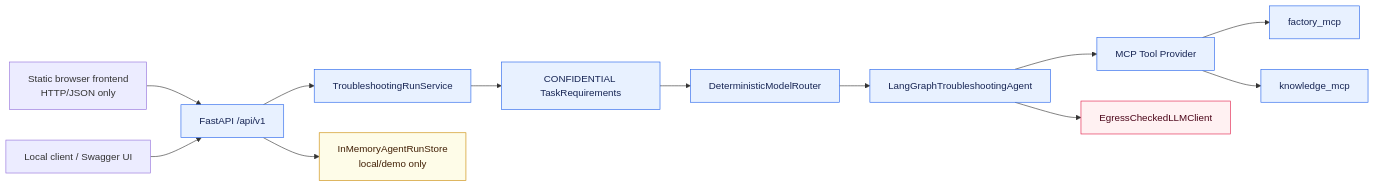
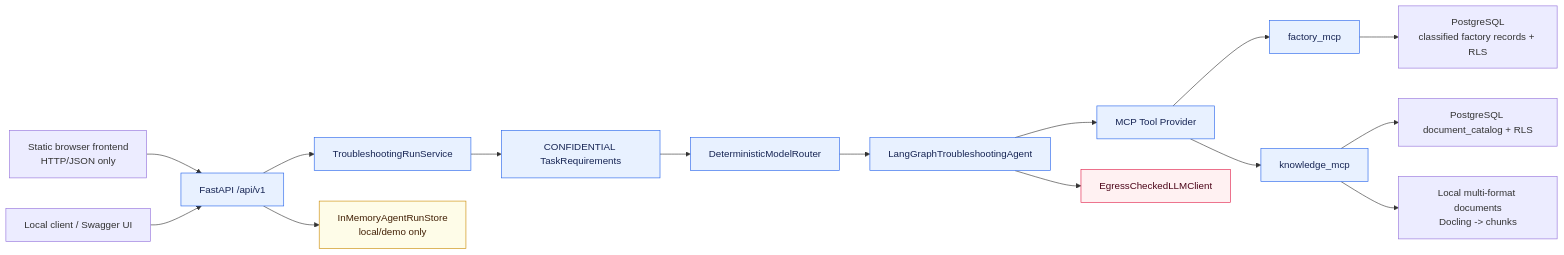
Before and after one commit to aboerzel/industrial-ai-agent: the first of 12 diagrams in docs/architecture/overview.md, drawn with Mermaid. The commit also changed other lines of this file and 55 other files, not shown here.

````diff
--- a/docs/architecture/overview.md
+++ b/docs/architecture/overview.md
@@ -42,21 +52,24 @@
 ```mermaid
 flowchart LR
     Browser["Static browser frontend\nHTTP/JSON only"] --> API["FastAPI /api/v1"]
     Client["Local client / Swagger UI"] --> API
     API --> Service["TroubleshootingRunService"]
     API --> Store["InMemoryAgentRunStore\nlocal/demo only"]
     Service --> Requirements["CONFIDENTIAL TaskRequirements"]
     Requirements --> Router["DeterministicModelRouter"]
     Router --> Graph["LangGraphTroubleshootingAgent"]
     Graph --> Provider["MCP Tool Provider"]
     Provider --> Factory["factory_mcp"]
     Provider --> Knowledge["knowledge_mcp"]
+    Factory --> PostgreSQL["PostgreSQL\nclassified factory records + RLS"]
+    Knowledge --> Catalog["PostgreSQL document_catalog + RLS"]
+    Knowledge --> Files["Local multi-format documents\nDocling -> chunks"]
     Graph --> Egress["EgressCheckedLLMClient"]
 
     classDef boundary fill:#e8f1ff,stroke:#2563eb,color:#172554
     classDef state fill:#fefce8,stroke:#ca8a04,color:#422006
     classDef security fill:#fff1f2,stroke:#e11d48,color:#4c0519
     class API,Service,Requirements,Router,Graph,Provider,Factory,Knowledge boundary
     class Store state
     class Egress security
 ```
````
